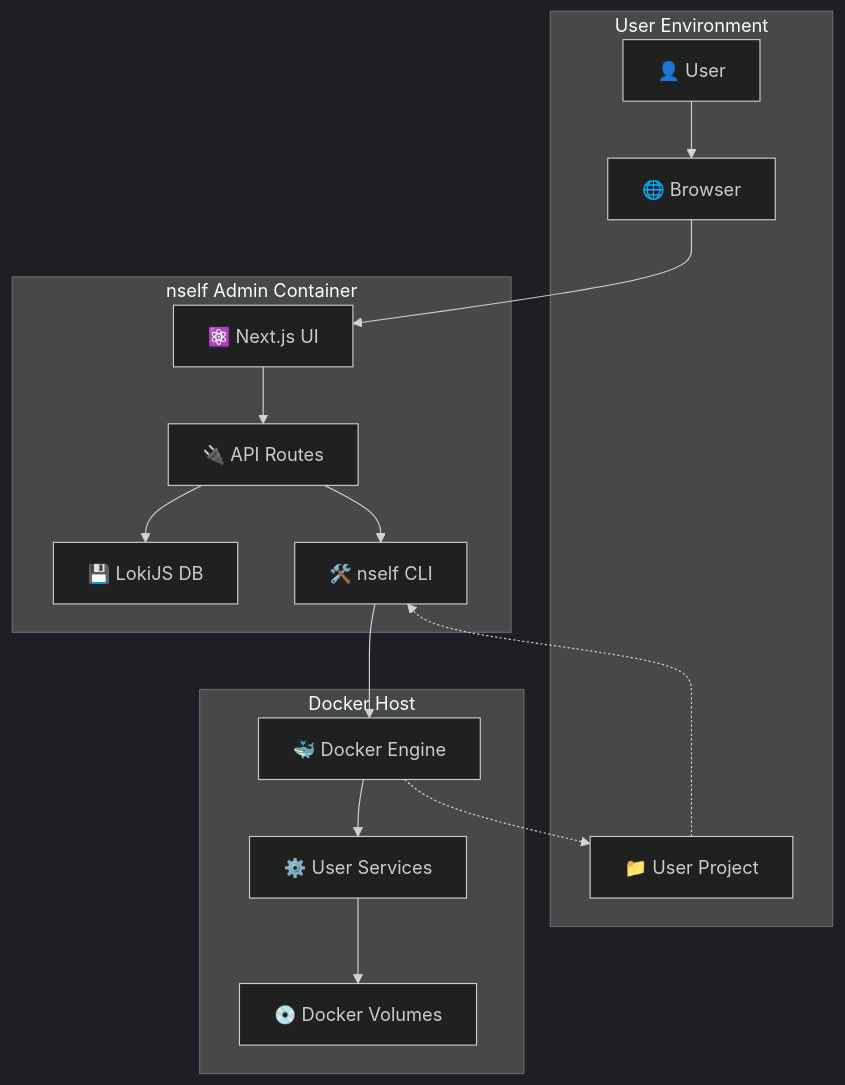
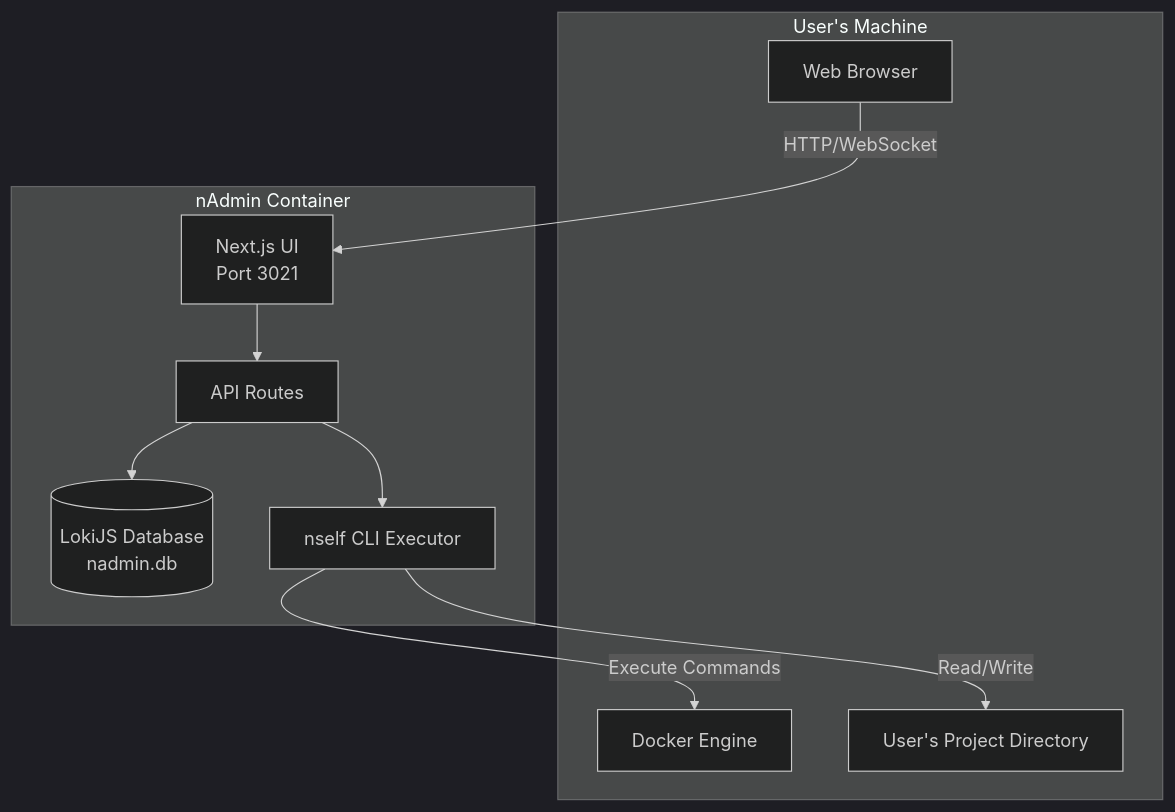
The first of 5 diagrams in docs/Architecture.md (acamarata/nself-admin), drawn with Mermaid (dark theme) before and after one commit. The commit also changed other lines of this file and 9 other files, not shown here.

````diff
--- a/docs/Architecture.md
+++ b/docs/Architecture.md
@@ -32,33 +17,22 @@
 ```mermaid
 graph TB
-    subgraph "User Environment"
-        User[👤 User]
-        Browser[🌐 Browser]
-        Project[📁 User Project]
+    subgraph "User's Machine"
+        Browser[Web Browser]
+        Docker[Docker Engine]
+        Project[User's Project Directory]
     end
 
-    subgraph "nself Admin Container"
-        UI[⚛️ Next.js UI]
-        API[🔌 API Routes]
-        DB[💾 LokiJS DB]
-        CLI[🛠️ nself CLI]
+    subgraph "nAdmin Container"
+        UI[Next.js UI<br/>Port 3021]
+        API[API Routes]
+        DB[(LokiJS Database<br/>nadmin.db)]
+        CLI[nself CLI Executor]
     end
 
-    subgraph "Docker Host"
-        Engine[🐳 Docker Engine]
-        Services[⚙️ User Services]
-        Volumes[💿 Docker Volumes]
-    end
-
-    User --> Browser
-    Browser --> UI
+    Browser -->|HTTP/WebSocket| UI
     UI --> API
     API --> DB
     API --> CLI
-    CLI --> Engine
-    Engine --> Services
-    Services --> Volumes
-
-    Project -.-> CLI
-    Engine -.-> Project
+    CLI -->|Execute Commands| Docker
+    CLI -->|Read/Write| Project
 ```
````
